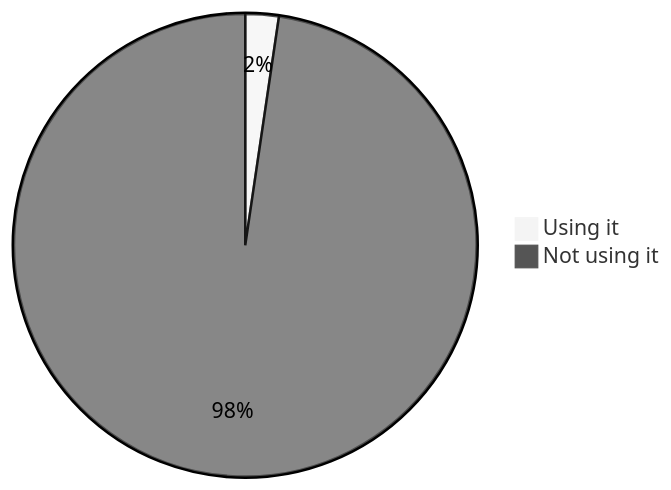
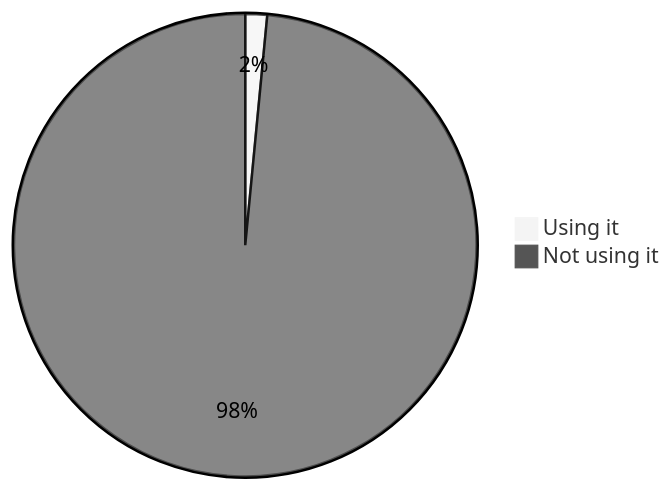
One commit to oshp/oshp-stats changed the eighth of 22 diagrams in stats.md. Above: the diagram before and after it, drawn with Mermaid (neutral theme). The commit also changed other lines of this file, not shown here.

````diff
--- a/stats.md
+++ b/stats.md
@@ -82,6 +94,6 @@
 ```mermaid
 pie
-	"Using it" : 2.33
-	"Not using it" : 97.67
+	"Using it" : 1.52
+	"Not using it" : 98.48
 
 ```
````
